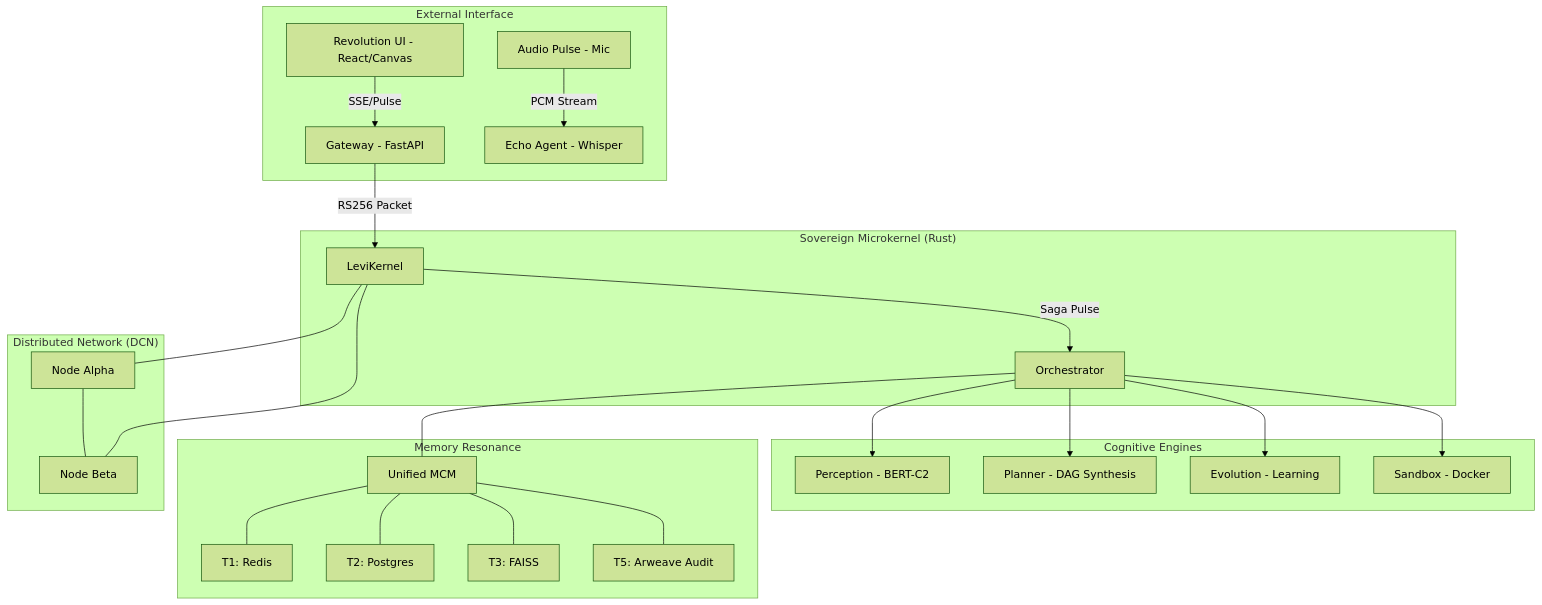
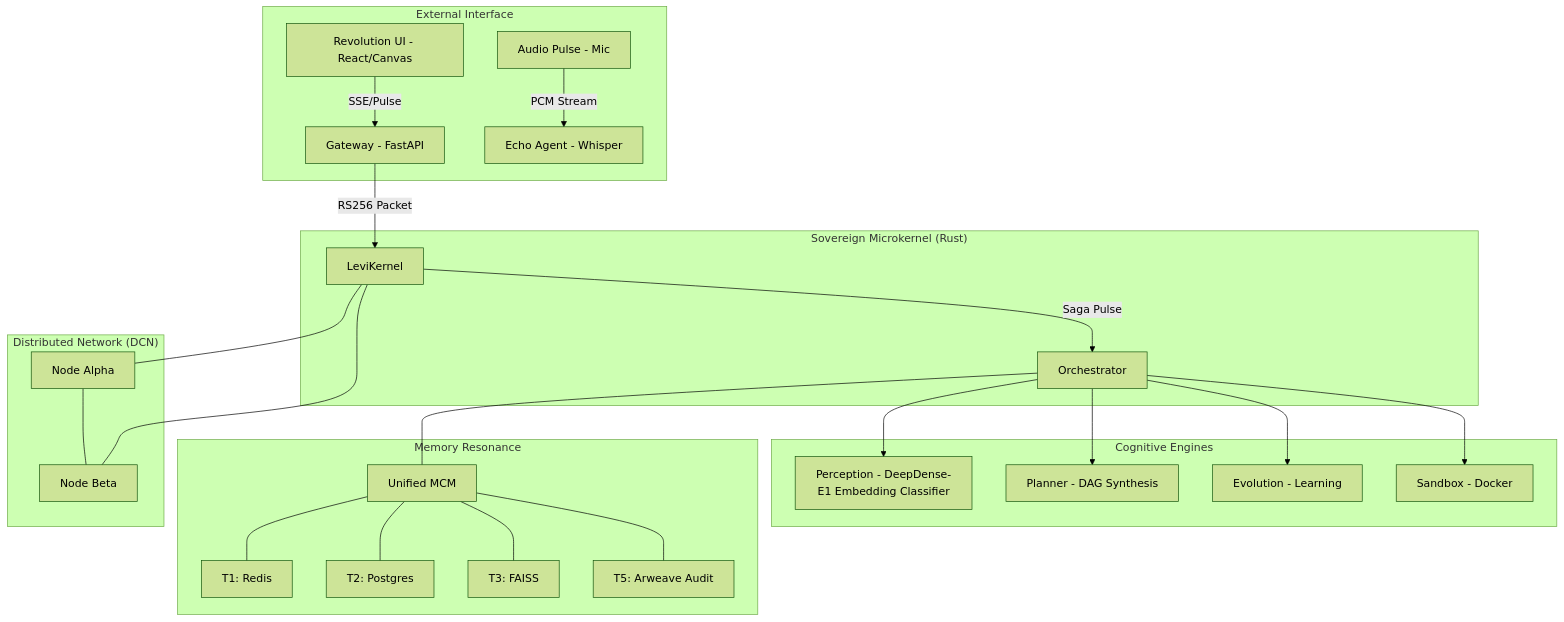
One commit to Blackdrg/levi-ai-innovate changed the fourth of 9 diagrams in README.md. Above: the diagram before and after it, drawn with Mermaid (forest theme). The commit also changed other lines of this file and 59 other files, not shown here.

````diff
--- a/README.md
+++ b/README.md
@@ -1602,33 +1679,33 @@
 ```mermaid
 graph TD
     subgraph "External Interface"
         UI[Revolution UI - React/Canvas] --> |SSE/Pulse| GW[Gateway - FastAPI]
         Voice[Audio Pulse - Mic] --> |PCM Stream| Echo[Echo Agent - Whisper]
     end
 
     subgraph "Sovereign Microkernel (Rust)"
         GW --> |RS256 Packet| Kernel[LeviKernel]
         Kernel --> |Saga Pulse| Orchestrator[Orchestrator]
     end
 
     subgraph "Cognitive Engines"
-        Orchestrator --> E1[Perception - BERT-C2]
+        Orchestrator --> E1[Perception - DeepDense-E1 Embedding Classifier]
         Orchestrator --> E3[Planner - DAG Synthesis]
         Orchestrator --> E7[Evolution - Learning]
         Orchestrator --> E13[Sandbox - Docker]
     end
 
     subgraph "Memory Resonance"
         Orchestrator --- MCM[Unified MCM]
         MCM --- T1[T1: Redis]
         MCM --- T2[T2: Postgres]
         MCM --- T3[T3: FAISS]
         MCM --- T5[T5: Arweave Audit]
     end
 
     subgraph "Distributed Network (DCN)"
         Kernel --- NodeA[Node Alpha]
         Kernel --- NodeB[Node Beta]
         NodeA --- NodeB
     end
 ```
````
